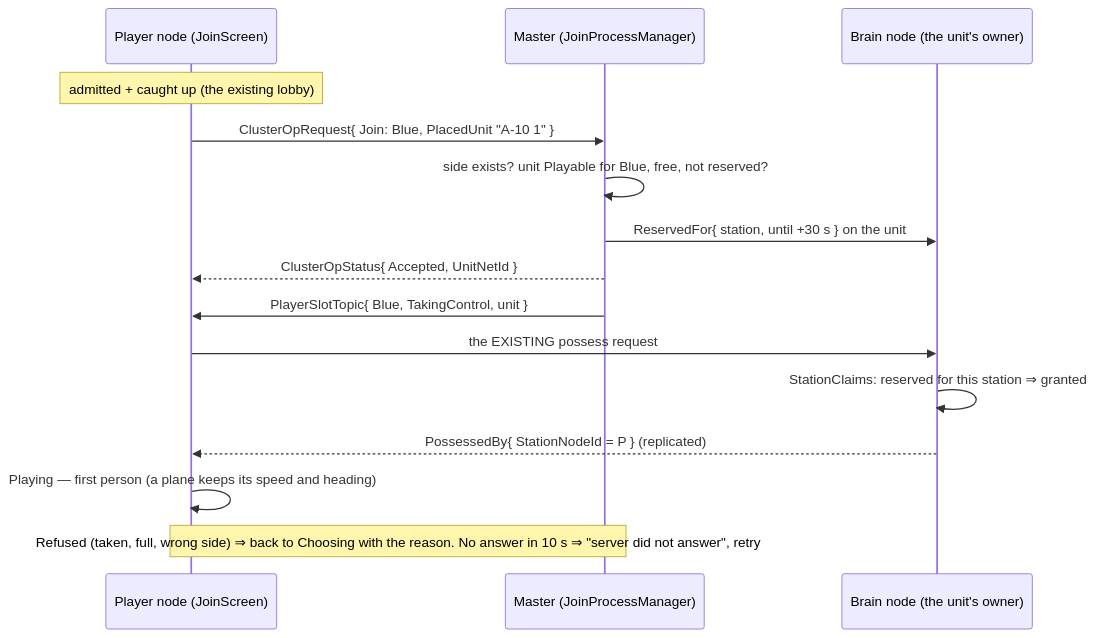
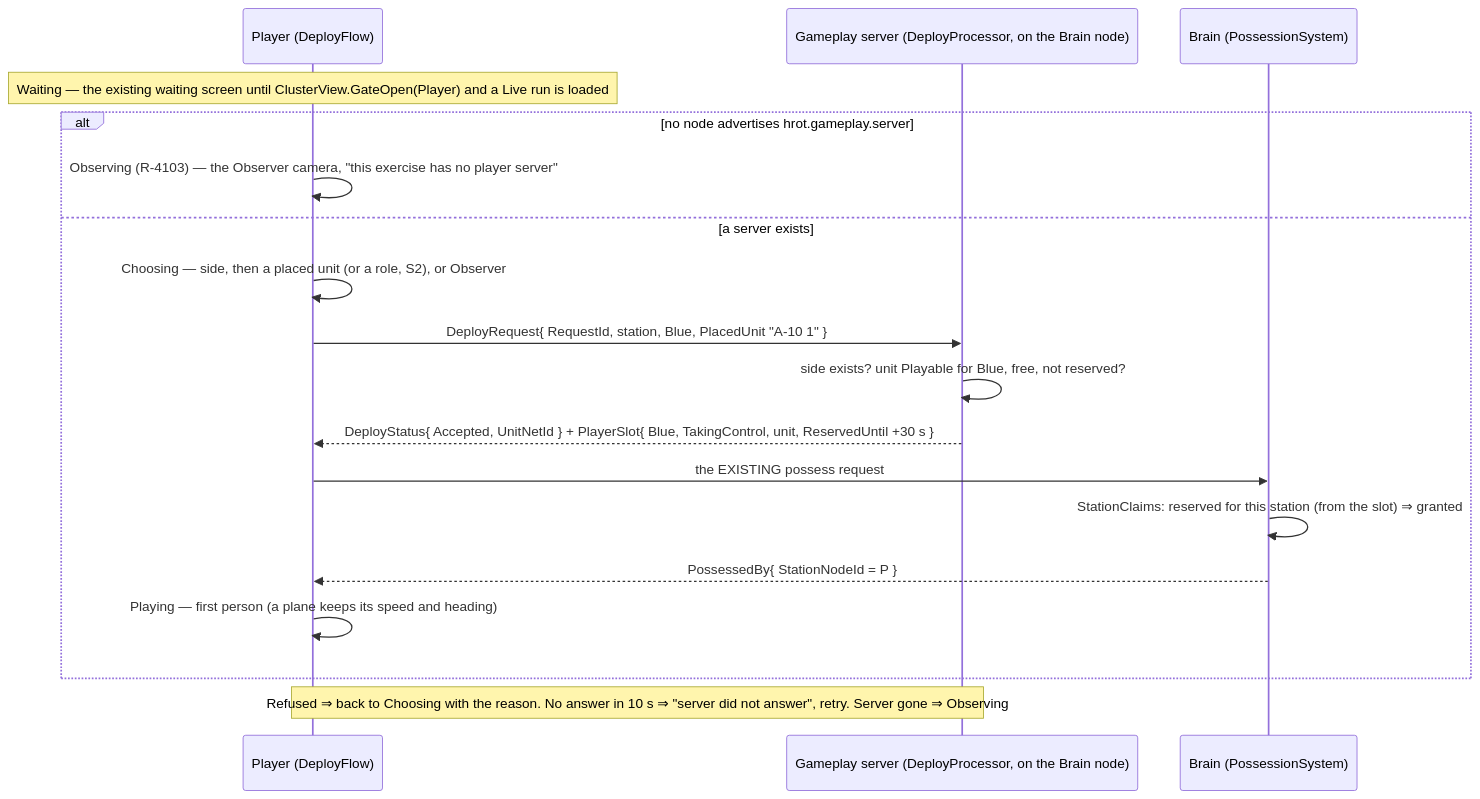
The third of 3 diagrams in docs/DESIGN_Player_Join.md (pjanec/HROT), drawn with Mermaid before and after one commit. The commit also changed other lines of this file and 3 other files, not shown here.

First line of the commit message:
design: Player Join rev 2 — gameplay as packs (server pack on an ECS node with --gameplay, client pack on the Player host, own gameplay topics); orchestrator and mil-sim untouched; name Deploy; no server ⇒ observer. Rulings R-4101 (IG = the Player's obsolete name), R-4102 (gameplay is packs), R-4103

````diff
--- a/docs/DESIGN_Player_Join.md
+++ b/docs/DESIGN_Player_Join.md
@@ -104,17 +126,20 @@
 ```mermaid
 sequenceDiagram
-    participant P as Player node (JoinScreen)
-    participant M as Master (JoinProcessManager)
-    participant B as Brain node (the unit's owner)
-    Note over P: admitted + caught up (the existing lobby)
-    P->>M: ClusterOpRequest{ Join: Blue, PlacedUnit "A-10 1" }
-    M->>M: side exists? unit Playable for Blue, free, not reserved?
-    M->>B: ReservedFor{ station, until +30 s } on the unit
-    M-->>P: ClusterOpStatus{ Accepted, UnitNetId }
-    M->>P: PlayerSlotTopic{ Blue, TakingControl, unit }
-    P->>B: the EXISTING possess request
-    B->>B: StationClaims: reserved for this station ⇒ granted
-    B-->>P: PossessedBy{ StationNodeId = P } (replicated)
-    P->>P: Playing — first person (a plane keeps its speed and heading)
-    Note over P,M: Refused (taken, full, wrong side) ⇒ back to Choosing with the reason. No answer in 10 s ⇒ "server did not answer", retry
+    participant P as Player (DeployFlow)
+    participant S as Gameplay server (DeployProcessor, on the Brain node)
+    participant B as Brain (PossessionSystem)
+    Note over P: Waiting — the existing waiting screen until ClusterView.GateOpen(Player) and a Live run is loaded
+    alt no node advertises hrot.gameplay.server
+        P->>P: Observing (R-4103) — the Observer camera, "this exercise has no player server"
+    else a server exists
+        P->>P: Choosing — side, then a placed unit (or a role, S2), or Observer
+        P->>S: DeployRequest{ RequestId, station, Blue, PlacedUnit "A-10 1" }
+        S->>S: side exists? unit Playable for Blue, free, not reserved?
+        S-->>P: DeployStatus{ Accepted, UnitNetId } + PlayerSlot{ Blue, TakingControl, unit, ReservedUntil +30 s }
+        P->>B: the EXISTING possess request
+        B->>B: StationClaims: reserved for this station (from the slot) ⇒ granted
+        B-->>P: PossessedBy{ StationNodeId = P }
+        P->>P: Playing — first person (a plane keeps its speed and heading)
+    end
+    Note over P,S: Refused ⇒ back to Choosing with the reason. No answer in 10 s ⇒ "server did not answer", retry. Server gone ⇒ Observing
 ```
````
